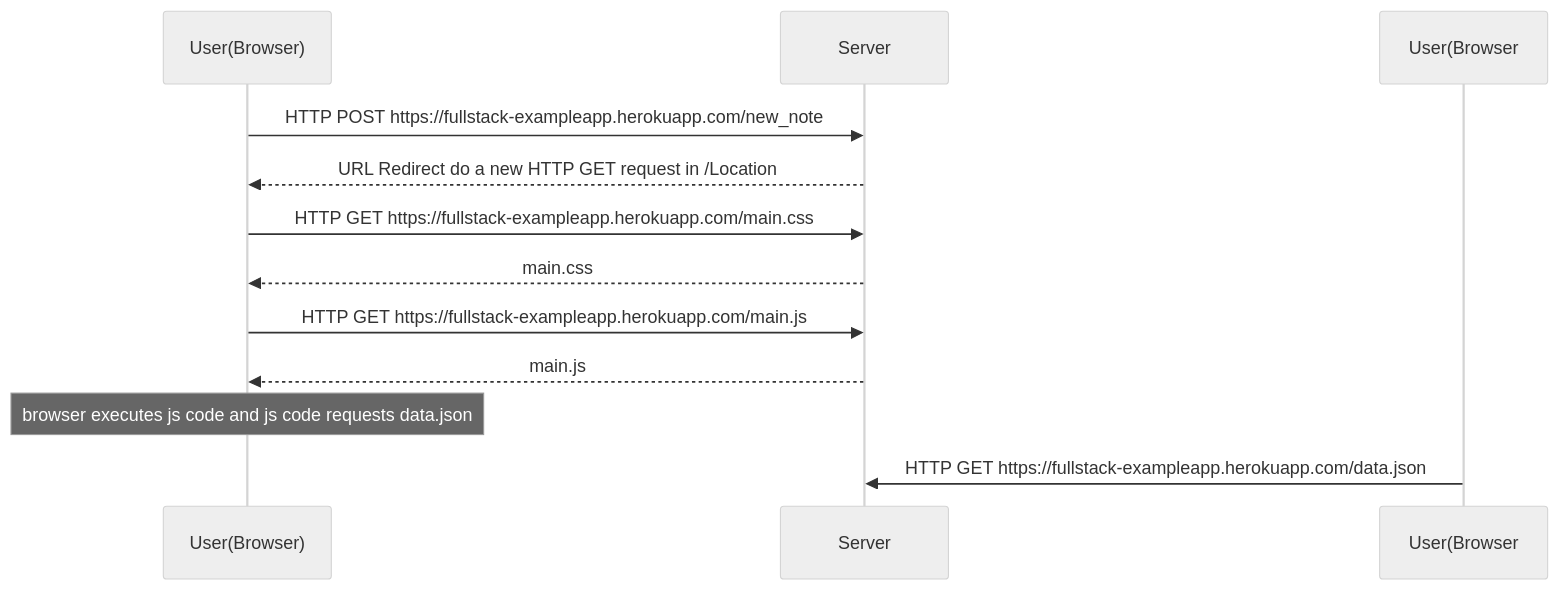
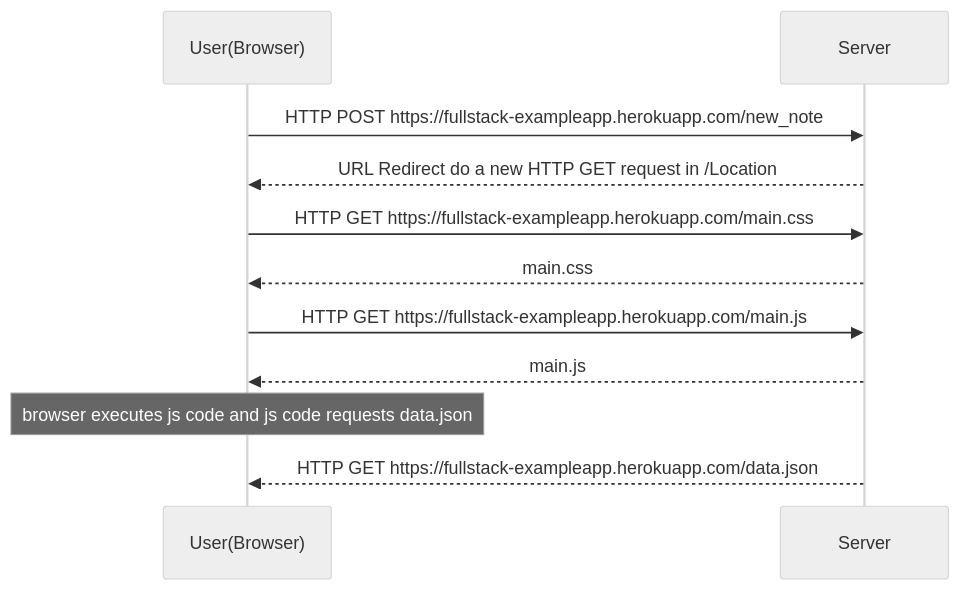
One commit to Midastgk/fullstackopen changed the diagram in part0/0.4: New note diagram.md. Above: the diagram before and after it, drawn with Mermaid (neutral theme).

Commit message:
Update 0.4: New note diagram.md

````diff
--- a/part0/0.4: New note diagram.md
+++ b/part0/0.4: New note diagram.md
@@ -1,14 +1,14 @@
 ```mermaid
 sequenceDiagram
     participant User(Browser)
     participant Server
     User(Browser)->>Server: HTTP POST https://fullstack-exampleapp.herokuapp.com/new_note
     Server-->>User(Browser): URL Redirect do a new HTTP GET request in /Location
     User(Browser)->>Server: HTTP GET https://fullstack-exampleapp.herokuapp.com/main.css
     Server-->>User(Browser): main.css
     User(Browser)->>Server: HTTP GET https://fullstack-exampleapp.herokuapp.com/main.js
     Server-->>User(Browser): main.js
     Note over User(Browser): browser executes js code and js code requests data.json
-    User(Browser->>Server: HTTP GET https://fullstack-exampleapp.herokuapp.com/data.json
+    Server-->>User(Browser): HTTP GET https://fullstack-exampleapp.herokuapp.com/data.json
     
 ```
````
